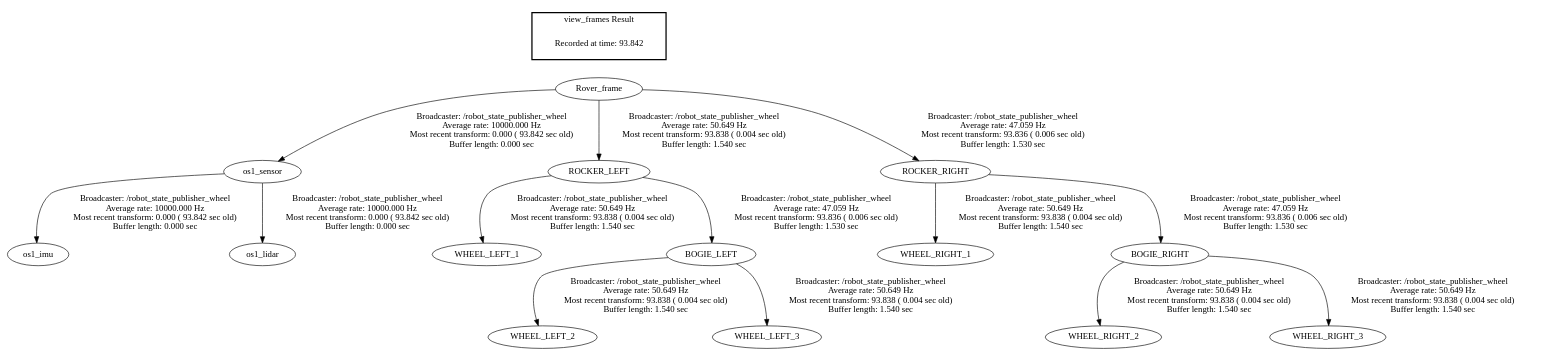
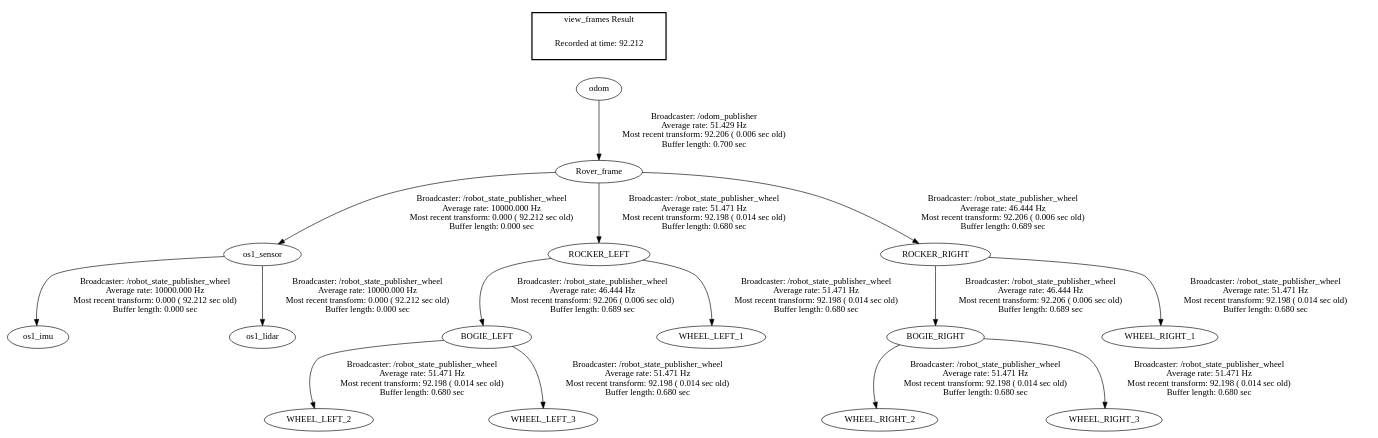
Before and after one commit to EPFLXplore/main_NAV_ws: the diagram in frames.gv, drawn with Graphviz. The commit also changed 5 other files, not shown here.

Commit message:
elevation map done + odom publisher

```diff
--- a/frames.gv
+++ b/frames.gv
@@ -1,19 +1,20 @@
 digraph G {
-"os1_sensor" -> "os1_imu"[label="Broadcaster: /robot_state_publisher_wheel\nAverage rate: 10000.000 Hz\nMost recent transform: 0.000 ( 93.842 sec old)\nBuffer length: 0.000 sec\n"];
-"Rover_frame" -> "os1_sensor"[label="Broadcaster: /robot_state_publisher_wheel\nAverage rate: 10000.000 Hz\nMost recent transform: 0.000 ( 93.842 sec old)\nBuffer length: 0.000 sec\n"];
-"os1_sensor" -> "os1_lidar"[label="Broadcaster: /robot_state_publisher_wheel\nAverage rate: 10000.000 Hz\nMost recent transform: 0.000 ( 93.842 sec old)\nBuffer length: 0.000 sec\n"];
-"Rover_frame" -> "ROCKER_LEFT"[label="Broadcaster: /robot_state_publisher_wheel\nAverage rate: 50.649 Hz\nMost recent transform: 93.838 ( 0.004 sec old)\nBuffer length: 1.540 sec\n"];
-"ROCKER_LEFT" -> "WHEEL_LEFT_1"[label="Broadcaster: /robot_state_publisher_wheel\nAverage rate: 50.649 Hz\nMost recent transform: 93.838 ( 0.004 sec old)\nBuffer length: 1.540 sec\n"];
-"BOGIE_LEFT" -> "WHEEL_LEFT_2"[label="Broadcaster: /robot_state_publisher_wheel\nAverage rate: 50.649 Hz\nMost recent transform: 93.838 ( 0.004 sec old)\nBuffer length: 1.540 sec\n"];
-"ROCKER_LEFT" -> "BOGIE_LEFT"[label="Broadcaster: /robot_state_publisher_wheel\nAverage rate: 47.059 Hz\nMost recent transform: 93.836 ( 0.006 sec old)\nBuffer length: 1.530 sec\n"];
-"BOGIE_LEFT" -> "WHEEL_LEFT_3"[label="Broadcaster: /robot_state_publisher_wheel\nAverage rate: 50.649 Hz\nMost recent transform: 93.838 ( 0.004 sec old)\nBuffer length: 1.540 sec\n"];
-"ROCKER_RIGHT" -> "WHEEL_RIGHT_1"[label="Broadcaster: /robot_state_publisher_wheel\nAverage rate: 50.649 Hz\nMost recent transform: 93.838 ( 0.004 sec old)\nBuffer length: 1.540 sec\n"];
-"Rover_frame" -> "ROCKER_RIGHT"[label="Broadcaster: /robot_state_publisher_wheel\nAverage rate: 47.059 Hz\nMost recent transform: 93.836 ( 0.006 sec old)\nBuffer length: 1.530 sec\n"];
-"BOGIE_RIGHT" -> "WHEEL_RIGHT_2"[label="Broadcaster: /robot_state_publisher_wheel\nAverage rate: 50.649 Hz\nMost recent transform: 93.838 ( 0.004 sec old)\nBuffer length: 1.540 sec\n"];
-"ROCKER_RIGHT" -> "BOGIE_RIGHT"[label="Broadcaster: /robot_state_publisher_wheel\nAverage rate: 47.059 Hz\nMost recent transform: 93.836 ( 0.006 sec old)\nBuffer length: 1.530 sec\n"];
-"BOGIE_RIGHT" -> "WHEEL_RIGHT_3"[label="Broadcaster: /robot_state_publisher_wheel\nAverage rate: 50.649 Hz\nMost recent transform: 93.838 ( 0.004 sec old)\nBuffer length: 1.540 sec\n"];
+"os1_sensor" -> "os1_imu"[label="Broadcaster: /robot_state_publisher_wheel\nAverage rate: 10000.000 Hz\nMost recent transform: 0.000 ( 92.212 sec old)\nBuffer length: 0.000 sec\n"];
+"Rover_frame" -> "os1_sensor"[label="Broadcaster: /robot_state_publisher_wheel\nAverage rate: 10000.000 Hz\nMost recent transform: 0.000 ( 92.212 sec old)\nBuffer length: 0.000 sec\n"];
+"os1_sensor" -> "os1_lidar"[label="Broadcaster: /robot_state_publisher_wheel\nAverage rate: 10000.000 Hz\nMost recent transform: 0.000 ( 92.212 sec old)\nBuffer length: 0.000 sec\n"];
+"odom" -> "Rover_frame"[label="Broadcaster: /odom_publisher\nAverage rate: 51.429 Hz\nMost recent transform: 92.206 ( 0.006 sec old)\nBuffer length: 0.700 sec\n"];
+"ROCKER_LEFT" -> "BOGIE_LEFT"[label="Broadcaster: /robot_state_publisher_wheel\nAverage rate: 46.444 Hz\nMost recent transform: 92.206 ( 0.006 sec old)\nBuffer length: 0.689 sec\n"];
+"Rover_frame" -> "ROCKER_LEFT"[label="Broadcaster: /robot_state_publisher_wheel\nAverage rate: 51.471 Hz\nMost recent transform: 92.198 ( 0.014 sec old)\nBuffer length: 0.680 sec\n"];
+"ROCKER_RIGHT" -> "BOGIE_RIGHT"[label="Broadcaster: /robot_state_publisher_wheel\nAverage rate: 46.444 Hz\nMost recent transform: 92.206 ( 0.006 sec old)\nBuffer length: 0.689 sec\n"];
+"Rover_frame" -> "ROCKER_RIGHT"[label="Broadcaster: /robot_state_publisher_wheel\nAverage rate: 46.444 Hz\nMost recent transform: 92.206 ( 0.006 sec old)\nBuffer length: 0.689 sec\n"];
+"ROCKER_LEFT" -> "WHEEL_LEFT_1"[label="Broadcaster: /robot_state_publisher_wheel\nAverage rate: 51.471 Hz\nMost recent transform: 92.198 ( 0.014 sec old)\nBuffer length: 0.680 sec\n"];
+"BOGIE_LEFT" -> "WHEEL_LEFT_2"[label="Broadcaster: /robot_state_publisher_wheel\nAverage rate: 51.471 Hz\nMost recent transform: 92.198 ( 0.014 sec old)\nBuffer length: 0.680 sec\n"];
+"BOGIE_LEFT" -> "WHEEL_LEFT_3"[label="Broadcaster: /robot_state_publisher_wheel\nAverage rate: 51.471 Hz\nMost recent transform: 92.198 ( 0.014 sec old)\nBuffer length: 0.680 sec\n"];
+"ROCKER_RIGHT" -> "WHEEL_RIGHT_1"[label="Broadcaster: /robot_state_publisher_wheel\nAverage rate: 51.471 Hz\nMost recent transform: 92.198 ( 0.014 sec old)\nBuffer length: 0.680 sec\n"];
+"BOGIE_RIGHT" -> "WHEEL_RIGHT_2"[label="Broadcaster: /robot_state_publisher_wheel\nAverage rate: 51.471 Hz\nMost recent transform: 92.198 ( 0.014 sec old)\nBuffer length: 0.680 sec\n"];
+"BOGIE_RIGHT" -> "WHEEL_RIGHT_3"[label="Broadcaster: /robot_state_publisher_wheel\nAverage rate: 51.471 Hz\nMost recent transform: 92.198 ( 0.014 sec old)\nBuffer length: 0.680 sec\n"];
 edge [style=invis];
  subgraph cluster_legend { style=bold; color=black; label ="view_frames Result";
-"Recorded at time: 93.842"[ shape=plaintext ] ;
- }->"Rover_frame";
+"Recorded at time: 92.212"[ shape=plaintext ] ;
+ }->"odom";
 }
```
